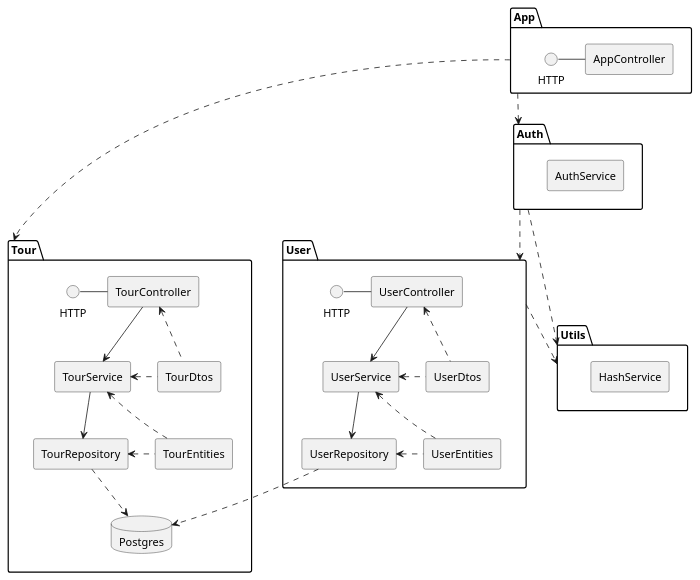
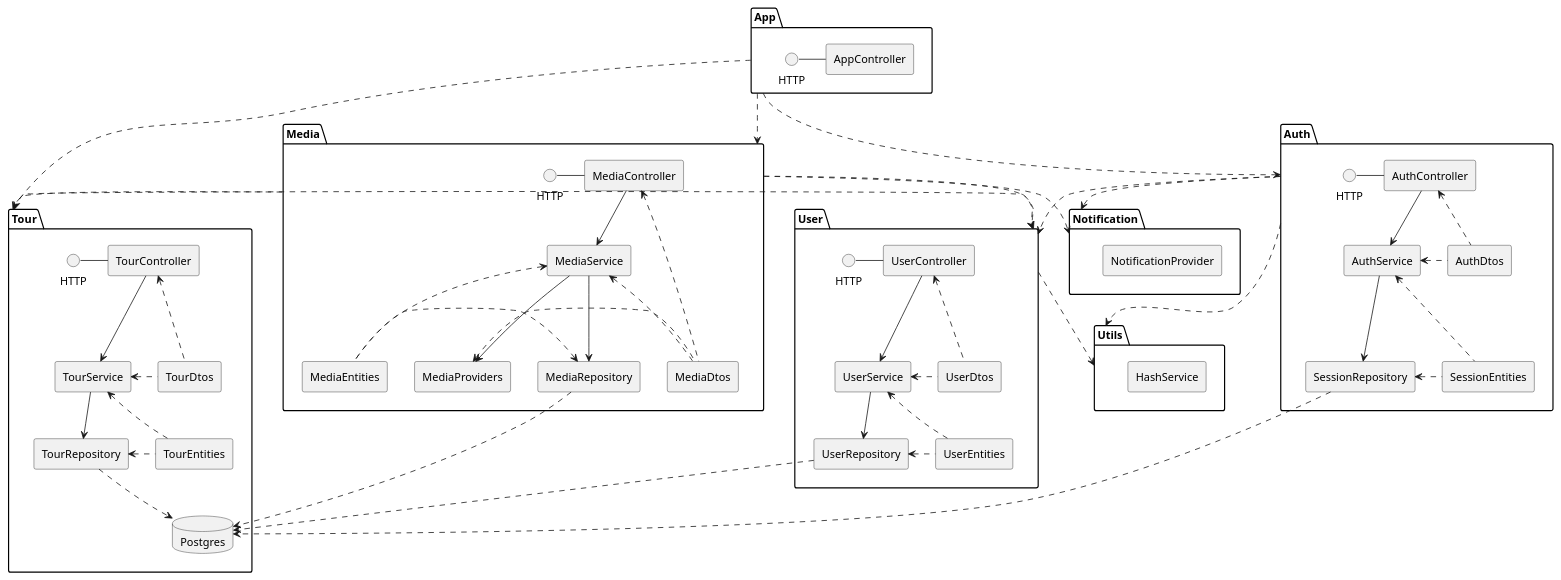
Before and after one commit to gipfeli-io/documentation: the diagram in docs/architecture/api.md, drawn with PlantUML. The commit also changed other lines of this file and 3 other files, not shown here.

```diff
--- a/docs/architecture/api.md
+++ b/docs/architecture/api.md
@@ -41,7 +41,33 @@
 }
 
 package "Auth" {
-[AuthService]
+interface HTTP as h4
+h4 -r- [AuthController]
+[AuthController] --> [AuthService]
+[SessionEntities] .l.> [AuthService]
+[SessionEntities] .l.> [SessionRepository]
+[SessionRepository] .d.> Postgres
+[AuthDtos] .l.> [AuthService]
+[AuthDtos] .l.> [AuthController]
+[AuthService] -d-> [SessionRepository]
+}
+
+package "Media" {
+interface HTTP as h5
+h5 -r- [MediaController]
+[MediaController] --> [MediaService]
+[MediaEntities] .l.> [MediaService]
+[MediaEntities] .l.> [MediaRepository]
+[MediaRepository] .d.> Postgres
+[MediaDtos] .l.> [MediaService]
+[MediaDtos] .l.> [MediaController]
+[MediaDtos] .l.> [MediaProviders]
+[MediaService] -d-> [MediaRepository]
+[MediaService] --> [MediaProviders]
+}
+
+package "Notification" {
+[NotificationProvider]
 }
 
 package "App" {
@@ -59,7 +85,12 @@
 Auth ..> User
 App ..> Auth
 App ..> Tour
-
+App ..> Media
+Auth ..> Notification
+Media ..> Notification
+Tour ..> User
+Media ..> User
+Media ..> Tour
 
 
 database "Postgres" {
```
